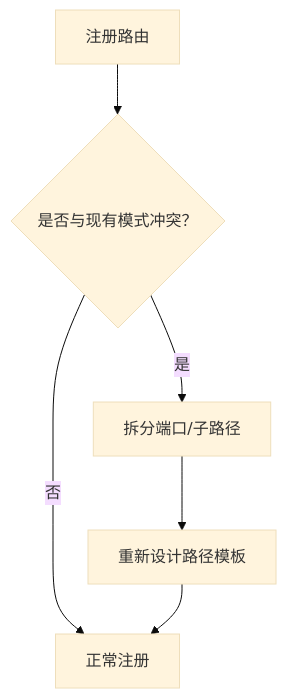
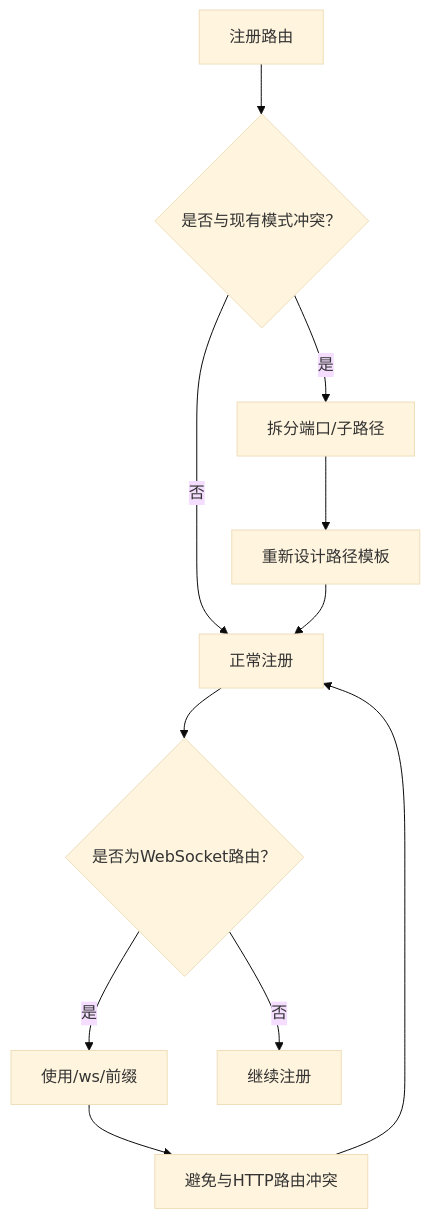
Before and after one commit to soyacen/goose: the ninth of 10 diagrams in .agents/repowiki/zh/content/HTTP 服务器框架/路由管理和处理.md, drawn with Mermaid (base theme). The commit also changed other lines of this file and 3 other files, not shown here.

````diff
--- a/.agents/repowiki/zh/content/HTTP 服务器框架/路由管理和处理.md
+++ b/.agents/repowiki/zh/content/HTTP 服务器框架/路由管理和处理.md
@@ -308,8 +431,13 @@
 ```mermaid
 flowchart TD
 A["注册路由"] --> B{"是否与现有模式冲突？"}
 B --> |是| C["拆分端口/子路径"]
 B --> |否| D["正常注册"]
 C --> E["重新设计路径模板"]
 E --> D
+D --> F{"是否为WebSocket路由？"}
+F --> |是| G["使用/ws/前缀"]
+F --> |否| H["继续注册"]
+G --> I["避免与HTTP路由冲突"]
+I --> D
 ```
````
